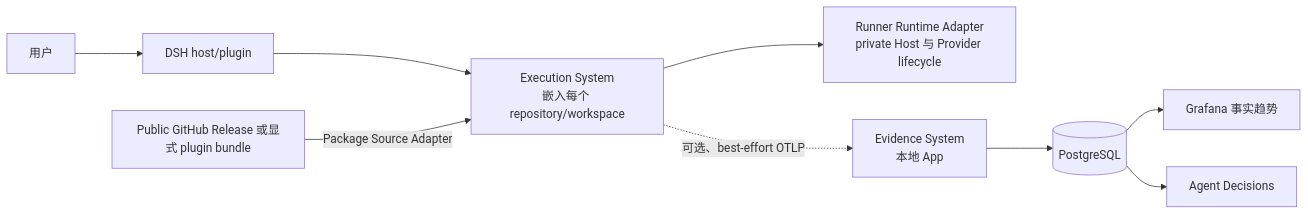
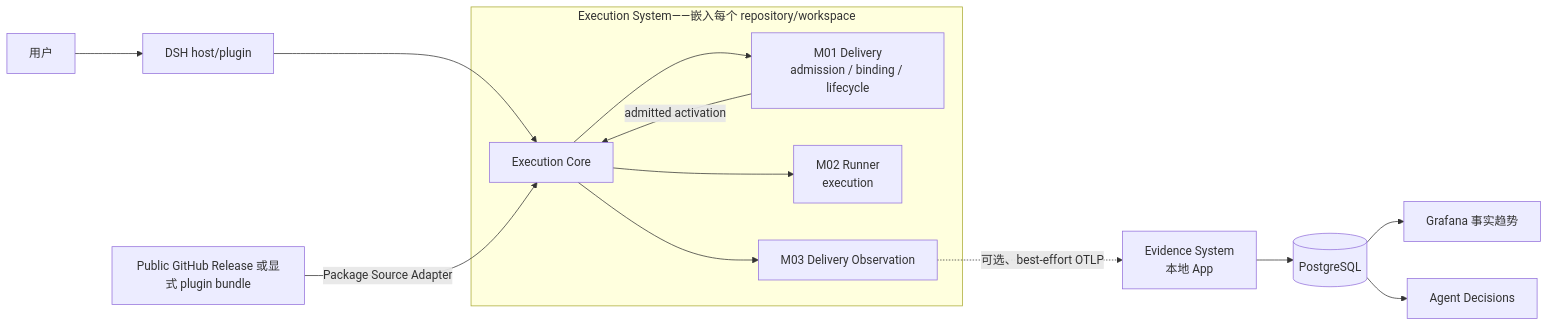
The diagram in docs/agent-architecture.zh-CN.md (firestige/workflow-self-recursive), drawn with Mermaid before and after one commit. The commit also changed other lines of this file and 28 other files, not shown here.

````diff
--- a/docs/agent-architecture.zh-CN.md
+++ b/docs/agent-architecture.zh-CN.md
@@ -44,11 +45,16 @@
 ```mermaid
 flowchart LR
     U["用户"] --> H["DSH host/plugin"]
-    H --> X["Execution System<br/>嵌入每个 repository/workspace"]
-    S["Public GitHub Release 或显式 plugin bundle"] -->|"Package Source Adapter"| X
-    X --> R["Runner Runtime Adapter<br/>private Host 与 Provider lifecycle"]
-    X -. "可选、best-effort OTLP" .-> E["Evidence System<br/>本地 App"]
+    subgraph X["Execution System——嵌入每个 repository/workspace"]
+      Core["Execution Core"] --> D["M01 Delivery<br/>admission / binding / lifecycle"]
+      D -->|"admitted activation"| Core
+      Core --> R["M02 Runner<br/>execution"]
+      Core --> O["M03 Delivery Observation"]
+    end
+    H --> Core
+    S["Public GitHub Release 或显式 plugin bundle"] -->|"Package Source Adapter"| Core
+    O -. "可选、best-effort OTLP" .-> E["Evidence System<br/>本地 App"]
     E --> P[("PostgreSQL")]
     P --> G["Grafana 事实趋势"]
     P --> A["Agent Decisions"]
 ```
````
